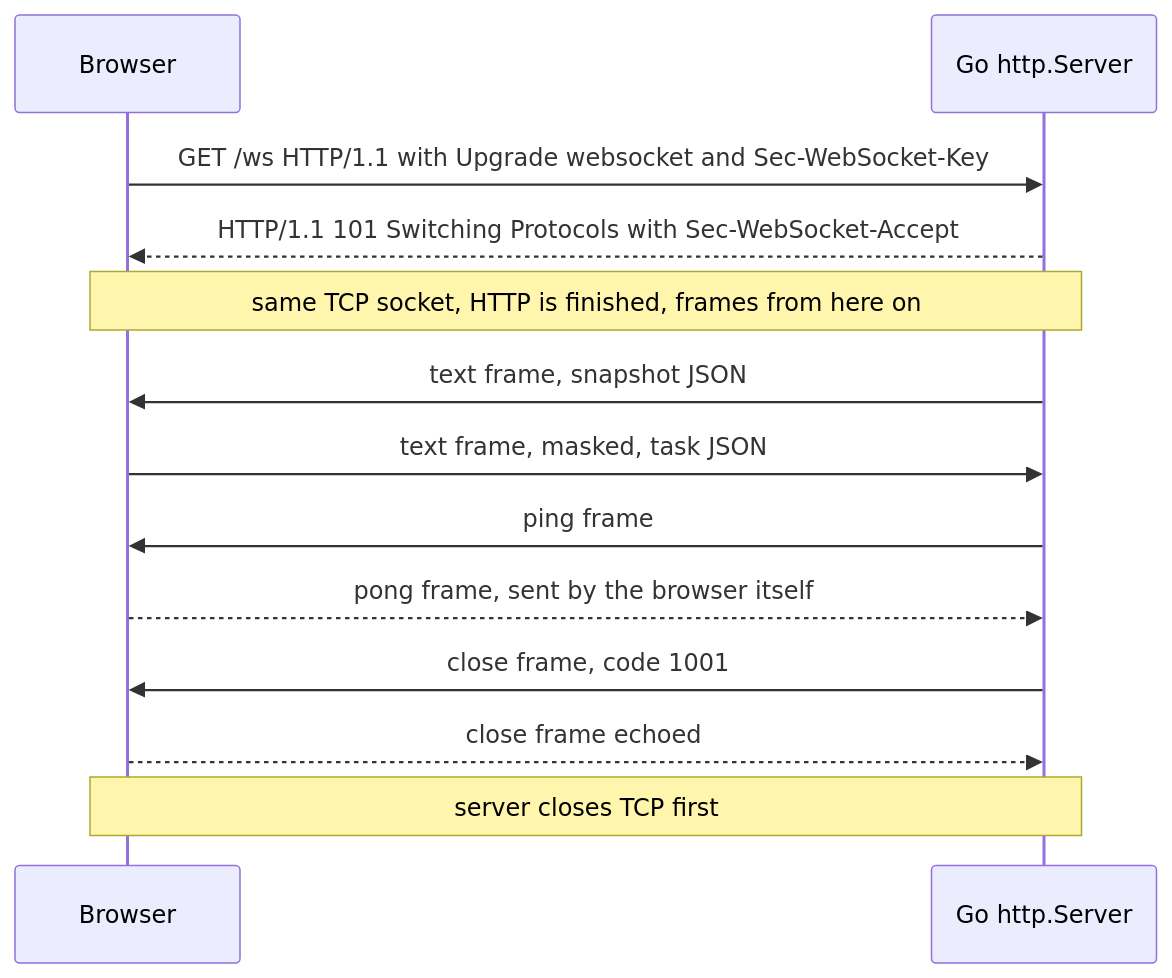
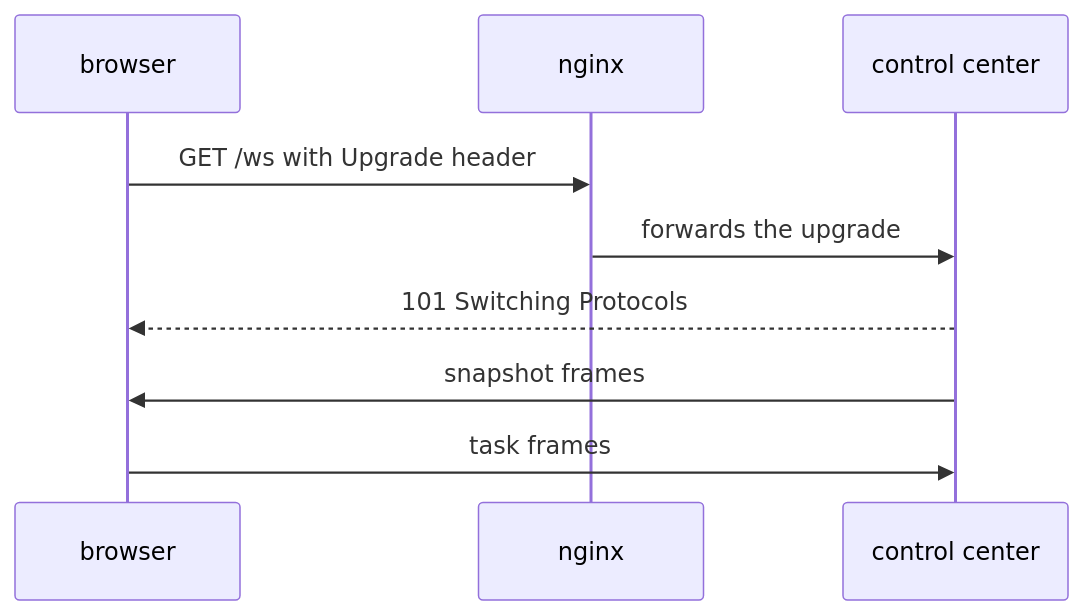
Before and after one commit to Aditya-Jyoti/swarm-communication: the diagram in docs/concepts/websocket-framing-and-upgrade.md, drawn with Mermaid. The commit also changed other lines of this file and 6 other files, not shown here.

Commit message:
docs(concepts): simplify I/O, TCP, framing and WebSocket pages

````diff
--- a/docs/concepts/websocket-framing-and-upgrade.md
+++ b/docs/concepts/websocket-framing-and-upgrade.md
@@ -23,15 +21,11 @@
 ```mermaid
 sequenceDiagram
-    participant B as Browser
-    participant S as Go http.Server
-    B->>S: GET /ws HTTP/1.1 with Upgrade websocket and Sec-WebSocket-Key
-    S-->>B: HTTP/1.1 101 Switching Protocols with Sec-WebSocket-Accept
-    Note over B,S: same TCP socket, HTTP is finished, frames from here on
-    S->>B: text frame, snapshot JSON
-    B->>S: text frame, masked, task JSON
-    S->>B: ping frame
-    B-->>S: pong frame, sent by the browser itself
-    S->>B: close frame, code 1001
-    B-->>S: close frame echoed
-    Note over B,S: server closes TCP first
+    participant B as browser
+    participant N as nginx
+    participant C as control center
+    B->>N: GET /ws with Upgrade header
+    N->>C: forwards the upgrade
+    C-->>B: 101 Switching Protocols
+    C->>B: snapshot frames
+    B->>C: task frames
 ```
````
